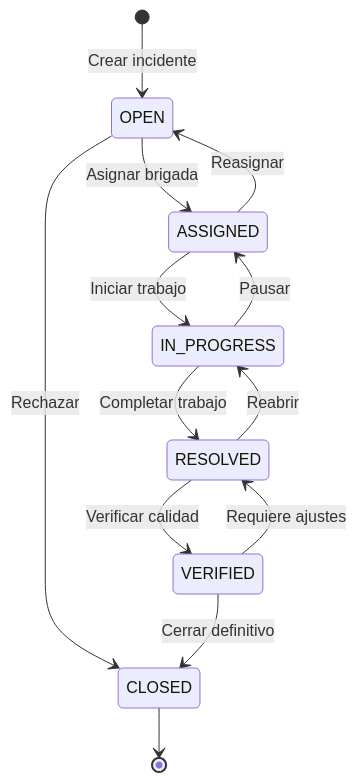
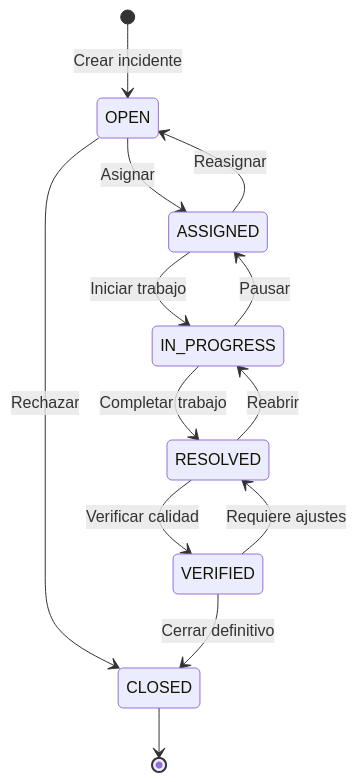
Before and after one commit to Gameoversv/sirccd-monorepo: the diagram in backend/docs/B-08_IMPLEMENTATION.md, drawn with Mermaid. The commit also changed other lines of this file and 117 other files, not shown here.

````diff
--- a/backend/docs/B-08_IMPLEMENTATION.md
+++ b/backend/docs/B-08_IMPLEMENTATION.md
@@ -50,15 +48,15 @@
 ```mermaid
 stateDiagram-v2
     [*] --> OPEN: Crear incidente
-    OPEN --> ASSIGNED: Asignar brigada
+    OPEN --> ASSIGNED: Asignar
     OPEN --> CLOSED: Rechazar
     ASSIGNED --> IN_PROGRESS: Iniciar trabajo
     ASSIGNED --> OPEN: Reasignar
     IN_PROGRESS --> RESOLVED: Completar trabajo
     IN_PROGRESS --> ASSIGNED: Pausar
     RESOLVED --> VERIFIED: Verificar calidad
     RESOLVED --> IN_PROGRESS: Reabrir
     VERIFIED --> CLOSED: Cerrar definitivo
     VERIFIED --> RESOLVED: Requiere ajustes
     CLOSED --> [*]
 ```
````
